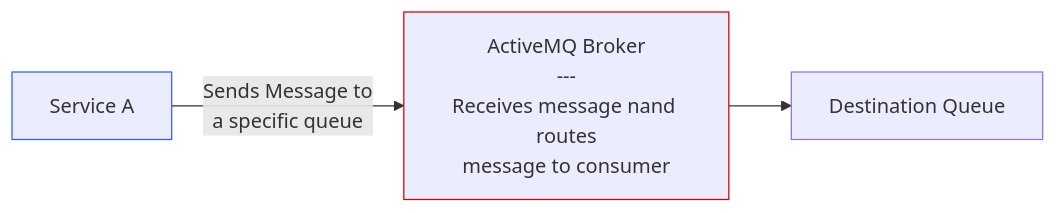
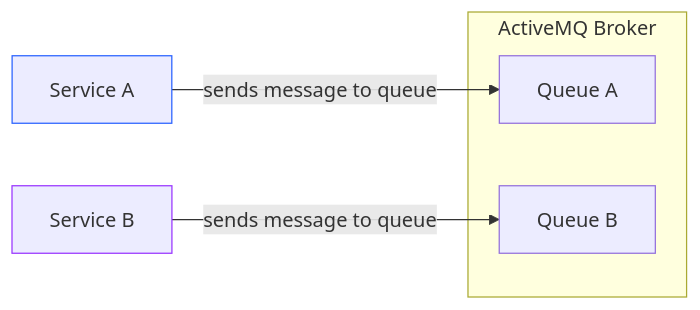
One commit to Waleed2660/springboot-learning-kit changed the first of 5 diagrams in tasks/Task_4.md. Above: the diagram before and after it, drawn with Mermaid. The commit also changed other lines of this file and 15 other files, not shown here.

````diff
--- a/tasks/Task_4.md
+++ b/tasks/Task_4.md
@@ -22,7 +22,13 @@
 ```mermaid
 flowchart LR
-    A["Service A"] -- Sends Message to <br/> a specific queue --> B["ActiveMQ Broker<br>---<br>Receives message nand routes<br>message to consumer"]
-    B --> C[" Destination Queue"]
+    A["Service A"] --> |sends message to queue| B["Queue A"]
+    D["Service B"] --> |sends message to queue| E["Queue B"]
+    
+    subgraph "ActiveMQ Broker"
+        B
+        E
+    end
+    
     style A stroke:#2962FF
-    style B stroke:#D50000
+    style D stroke:#9935FF
 ```
````
